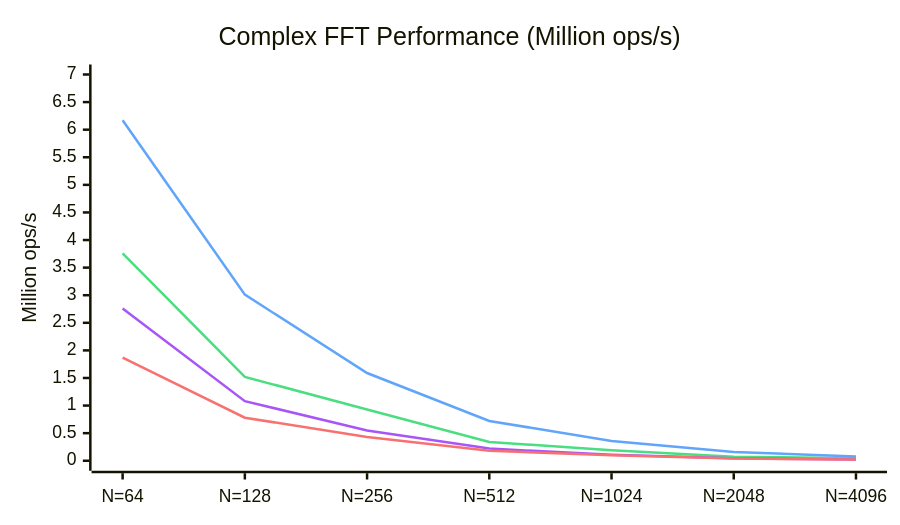
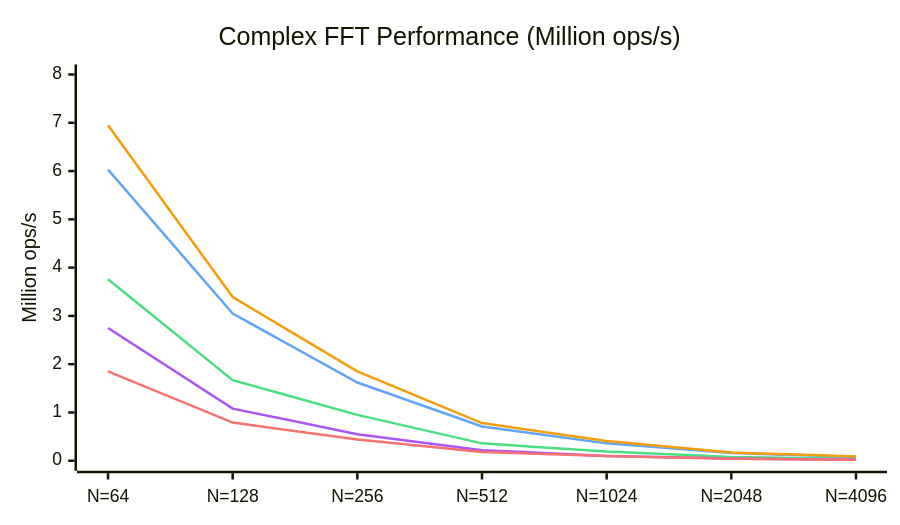
Before and after one commit to EmNudge/wat-fft: the first of 2 diagrams in README.md, drawn with Mermaid. The commit also changed other lines of this file and 10 other files, not shown here.

````diff
--- a/README.md
+++ b/README.md
@@ -21,19 +21,20 @@
 ```mermaid
 ---
 config:
     xyChart:
         width: 700
         height: 400
     themeVariables:
         xyChart:
-            plotColorPalette: "#4ade80, #60a5fa, #a855f7, #f87171"
+            plotColorPalette: "#4ade80, #60a5fa, #f59e0b, #a855f7, #f87171"
 ---
 xychart-beta
     title "Complex FFT Performance (Million ops/s)"
     x-axis [N=64, N=128, N=256, N=512, N=1024, N=2048, N=4096]
-    y-axis "Million ops/s" 0 --> 7
-    line [3.76, 1.52, 0.93, 0.34, 0.19, 0.074, 0.044]
-    line [6.17, 3.01, 1.59, 0.72, 0.36, 0.160, 0.079]
-    line [2.76, 1.08, 0.55, 0.22, 0.11, 0.046, 0.023]
-    line [1.87, 0.78, 0.43, 0.18, 0.10, 0.041, 0.021]
+    y-axis "Million ops/s" 0 --> 8
+    line [3.76, 1.67, 0.95, 0.36, 0.19, 0.078, 0.044]
+    line [6.03, 3.05, 1.62, 0.71, 0.36, 0.161, 0.080]
+    line [6.95, 3.39, 1.85, 0.78, 0.41, 0.171, 0.088]
+    line [2.75, 1.08, 0.55, 0.22, 0.10, 0.046, 0.023]
+    line [1.85, 0.79, 0.44, 0.18, 0.10, 0.039, 0.021]
 ```
````
